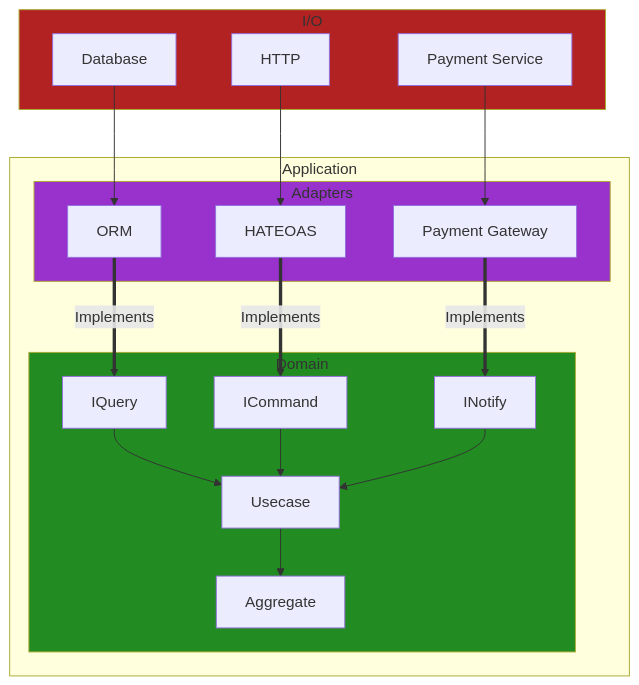
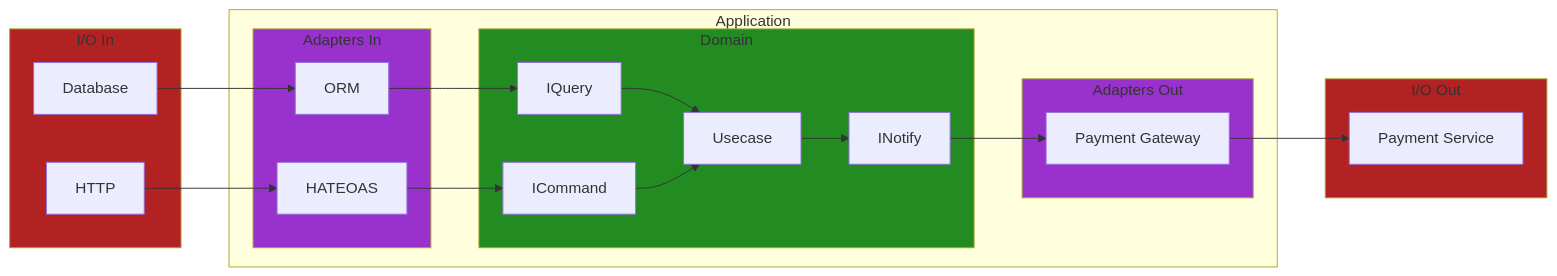
The fifth of 6 diagrams in structure.md (grierson/grierson), drawn with Mermaid before and after one commit. The commit also changed other lines of this file, not shown here.

````diff
--- a/structure.md
+++ b/structure.md
@@ -84,36 +231,39 @@
 ```mermaid
-flowchart TD
+flowchart LR
   subgraph Application
     style Domain fill:ForestGreen
     subgraph Domain
       IQuery
       ICommand
       INotify
       Usecase
-      Aggregate
     end
-    style Adapters fill:DarkOrchid
-    subgraph Adapters
+    style AdaptersIn fill:DarkOrchid
+    subgraph AdaptersIn[Adapters In]
       ORM
       HATEOAS
+    end
+    style AdaptersOut fill:DarkOrchid
+    subgraph AdaptersOut[Adapters Out]
       Gateway[Payment Gateway]
     end
   end
-  style I/O fill:FireBrick
-  subgraph I/O
+  style I/OIn fill:FireBrick
+  subgraph I/OIn[I/O In]
     Database
     HTTP
+  end
+  style I/OOut fill:FireBrick
+  subgraph I/OOut[I/O Out]
     ThirdParty[Payment Service]
   end
   HTTP --> HATEOAS
   Database --> ORM
-  ThirdParty --> Gateway
-  HATEOAS == Implements ==> ICommand
-  ORM == Implements ==> IQuery
-  Gateway == Implements ==> INotify
+  HATEOAS --> ICommand
+  ORM --> IQuery
   IQuery --> Usecase
   ICommand --> Usecase
-  INotify --> Usecase
-  Usecase --> Aggregate
-  
+  Usecase --> INotify
+  INotify --> Gateway
+  Gateway --> ThirdParty
 ```
````
